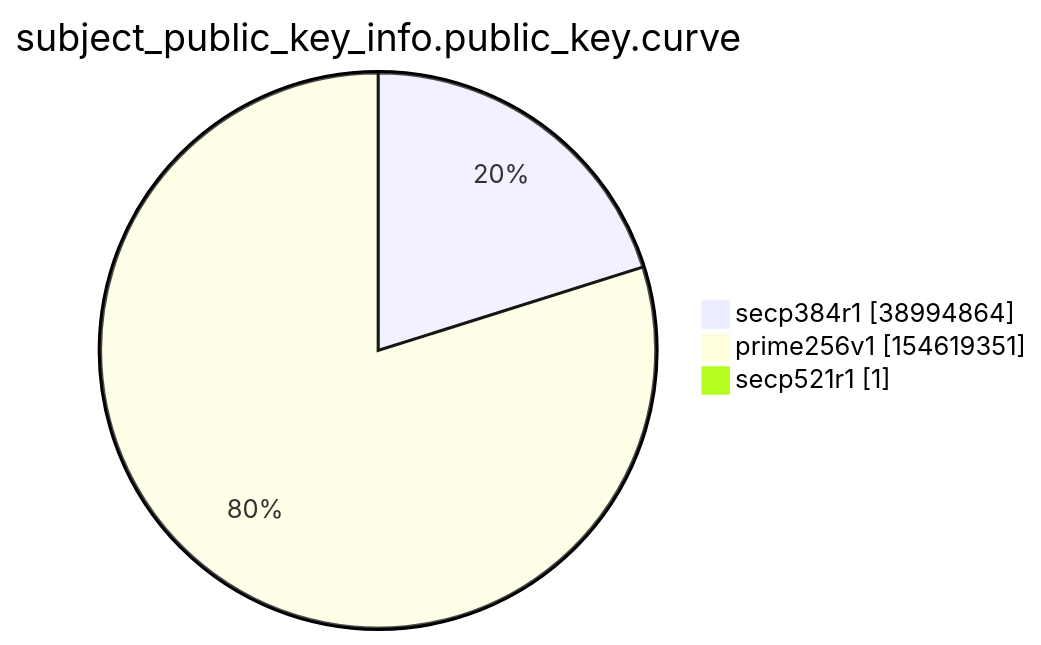
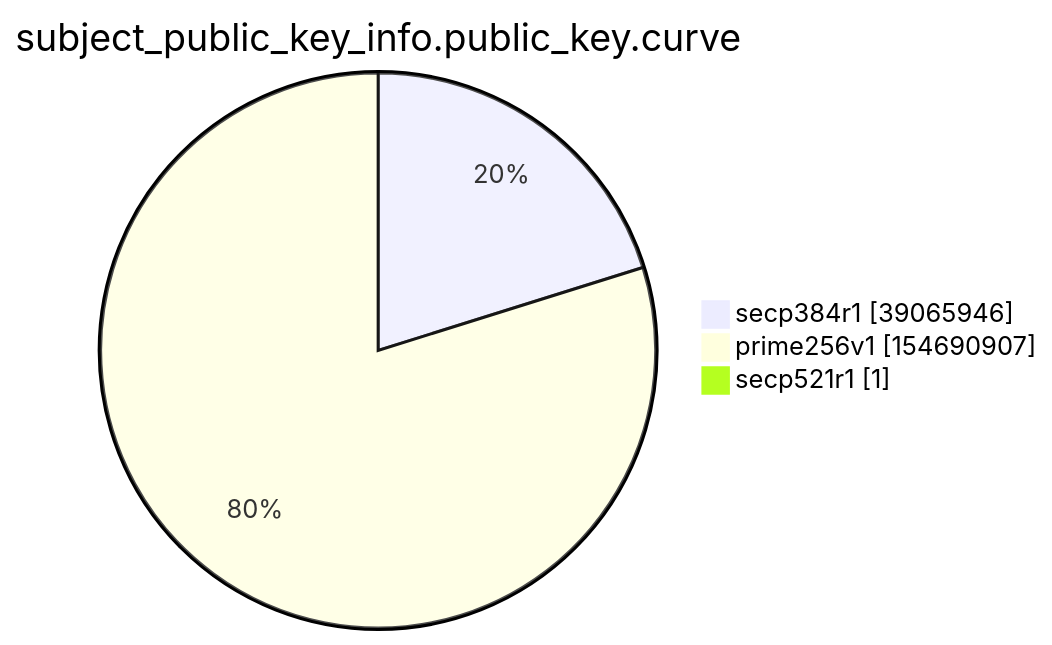
One commit to christiankrug/ctmonitor_visualization changed the ninth of 15 diagrams in xenon2022/README.md. Above: the diagram before and after it, drawn with Mermaid. The commit also changed other lines of this file, not shown here.

````diff
--- a/xenon2022/README.md
+++ b/xenon2022/README.md
@@ -2863,7 +2863,7 @@
 ```mermaid
 pie showData
 title subject_public_key_info.public_key.curve
-"secp384r1" :38994864
-"prime256v1" :154619351
+"secp384r1" :39065946
+"prime256v1" :154690907
 "secp521r1" :1
 ```
````
